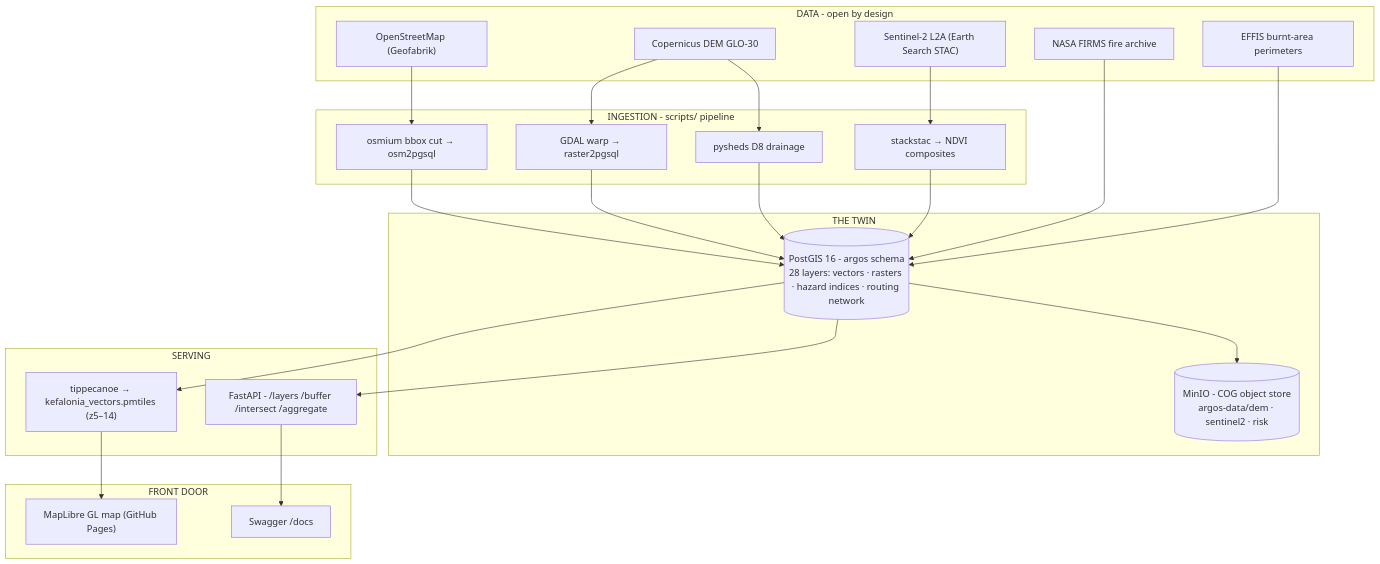
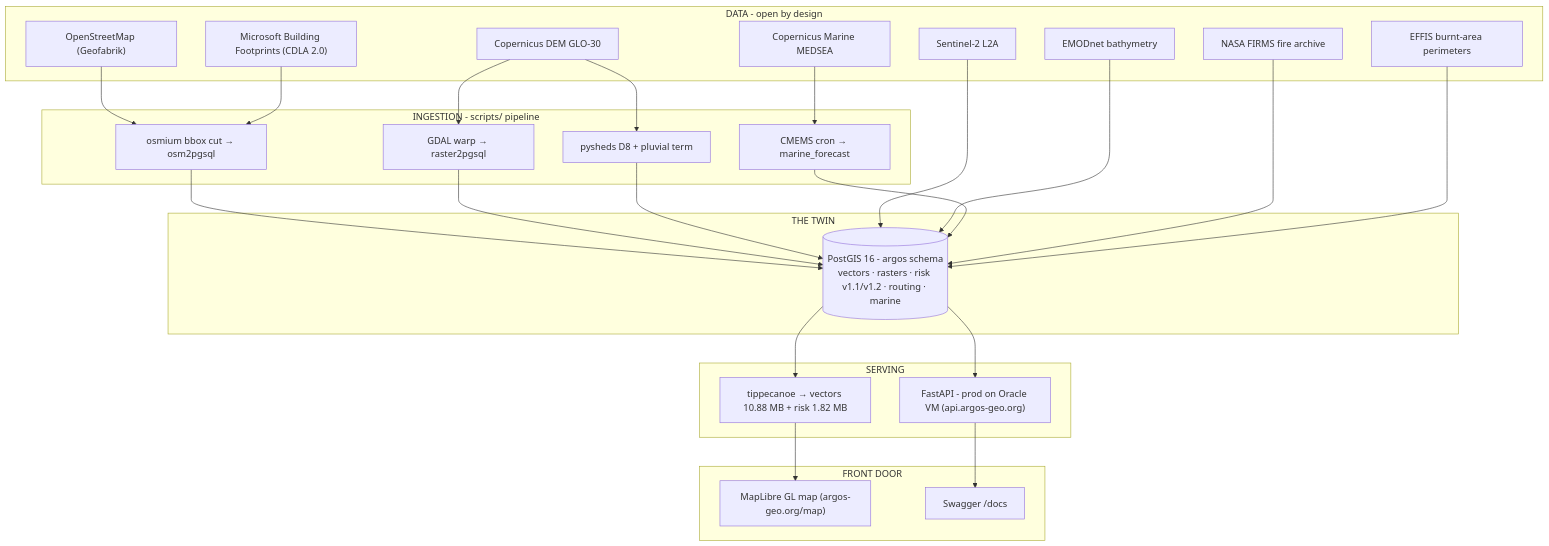
One commit to argos-geo/kefalonia-digital-twin changed the diagram in README.md. Above: the diagram before and after it, drawn with Mermaid. The commit also changed other lines of this file, not shown here.

````diff
--- a/README.md
+++ b/README.md
@@ -43,42 +54,46 @@
 ```mermaid
 flowchart TB
     subgraph DATA["DATA - open by design"]
         OSM["OpenStreetMap (Geofabrik)"]
+        MS["Microsoft Building Footprints (CDLA 2.0)"]
         DEM["Copernicus DEM GLO-30"]
-        S2["Sentinel-2 L2A (Earth Search STAC)"]
+        S2["Sentinel-2 L2A"]
+        EMOD["EMODnet bathymetry"]
+        CMEMS["Copernicus Marine MEDSEA"]
         FIRMS["NASA FIRMS fire archive"]
         EFFIS["EFFIS burnt-area perimeters"]
     end
 
     subgraph INGEST["INGESTION - scripts/ pipeline"]
         O2P["osmium bbox cut → osm2pgsql"]
         R2P["GDAL warp → raster2pgsql"]
-        NDVI["stackstac → NDVI composites"]
-        HYDRO["pysheds D8 drainage"]
+        HYDRO["pysheds D8 + pluvial term"]
+        MAR["CMEMS cron → marine_forecast"]
     end
 
     subgraph TWIN["THE TWIN"]
-        PG[("PostGIS 16 - argos schema<br/>28 layers: vectors · rasters · hazard indices · routing network")]
-        MINIO[("MinIO - COG object store<br/>argos-data/dem · sentinel2 · risk")]
+        PG[("PostGIS 16 - argos schema<br/>vectors · rasters · risk v1.1/v1.2 · routing · marine")]
     end
 
     subgraph SERVE["SERVING"]
-        API["FastAPI - /layers /buffer /intersect /aggregate"]
-        PMT["tippecanoe → kefalonia_vectors.pmtiles (z5–14)"]
+        API["FastAPI - prod on Oracle VM (api.argos-geo.org)"]
+        PMT["tippecanoe → vectors 10.88 MB + risk 1.82 MB"]
     end
 
     subgraph FRONT["FRONT DOOR"]
-        MAP["MapLibre GL map (GitHub Pages)"]
+        MAP["MapLibre GL map (argos-geo.org/map)"]
         DOCS["Swagger /docs"]
     end
 
     OSM --> O2P --> PG
+    MS --> O2P
     DEM --> R2P --> PG
     DEM --> HYDRO --> PG
-    S2 --> NDVI --> PG
+    S2 --> PG
+    EMOD --> PG
+    CMEMS --> MAR --> PG
     FIRMS --> PG
     EFFIS --> PG
     PG --> API --> DOCS
     PG --> PMT --> MAP
-    PG --> MINIO
 ```
````
